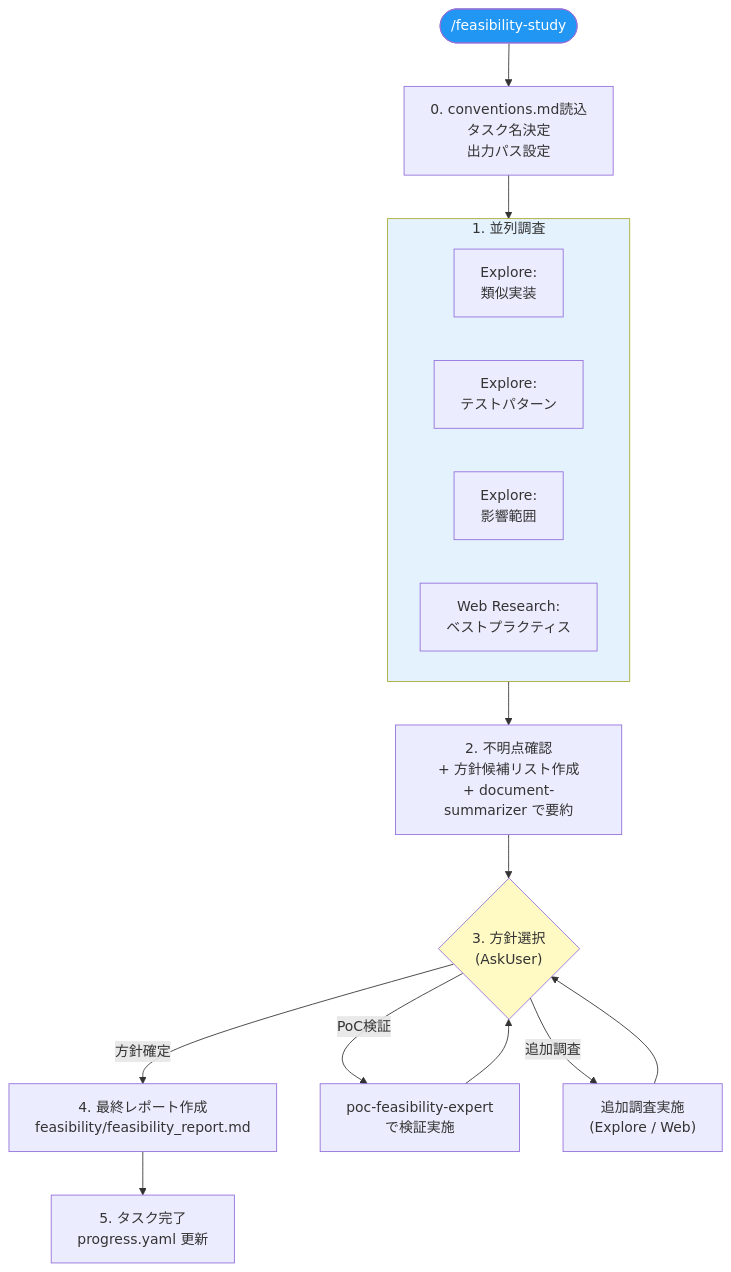
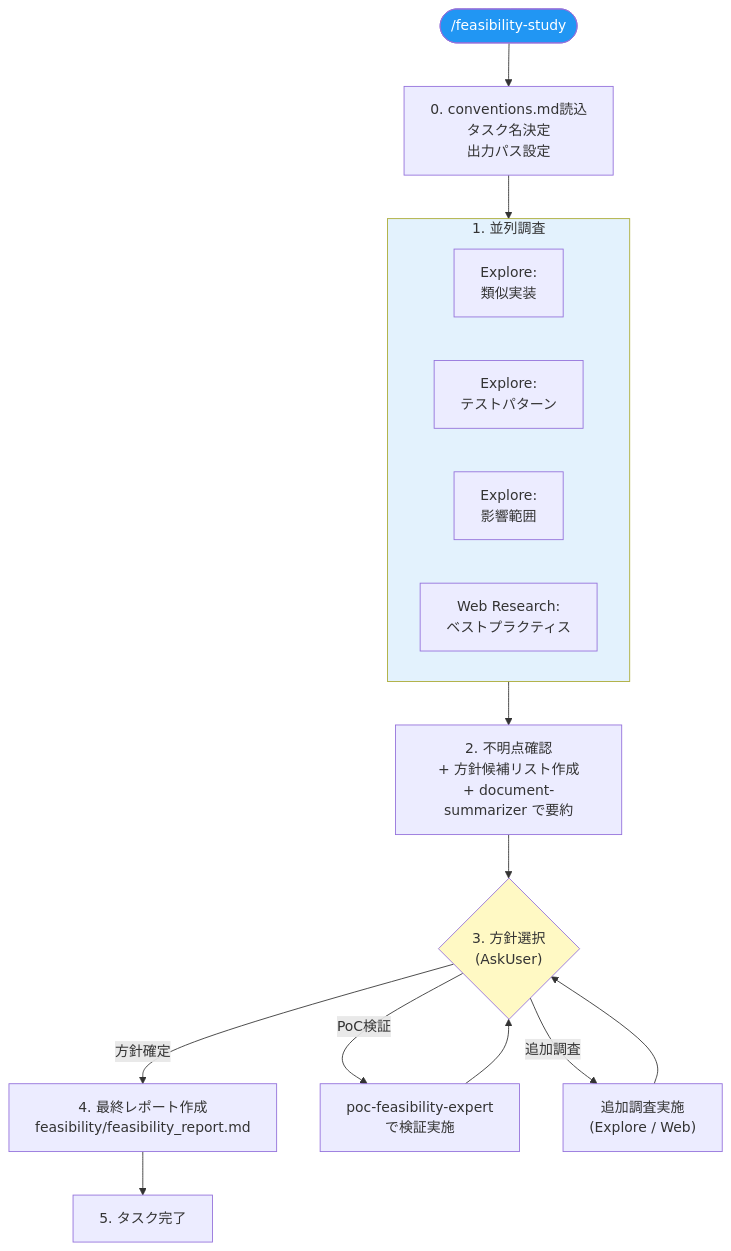
One commit to taakashifukada/app-dev-prompt-suite changed the second of 5 diagrams in plugins/app-dev-suite/doc/workflow-diagrams.md. Above: the diagram before and after it, drawn with Mermaid. The commit also changed other lines of this file and 7 other files, not shown here.

````diff
--- a/plugins/app-dev-suite/doc/workflow-diagrams.md
+++ b/plugins/app-dev-suite/doc/workflow-diagrams.md
@@ -42,29 +42,29 @@
 ```mermaid
 flowchart TD
     Start(["/feasibility-study"]) --> Init["0. conventions.md読込\nタスク名決定\n出力パス設定"]
 
     Init --> Investigate
     subgraph Investigate["1. 並列調査"]
         direction LR
         E1["Explore:\n類似実装"]
         E2["Explore:\nテストパターン"]
         E3["Explore:\n影響範囲"]
         W1["Web Research:\nベストプラクティス"]
     end
 
     Investigate --> Clarify["2. 不明点確認\n+ 方針候補リスト作成\n+ document-summarizer で要約"]
 
     Clarify --> Select{"3. 方針選択\n(AskUser)"}
     Select -- "方針確定" --> Report
     Select -- "PoC検証" --> PoC["poc-feasibility-expert\nで検証実施"]
     Select -- "追加調査" --> AddResearch["追加調査実施\n(Explore / Web)"]
     PoC --> Select
     AddResearch --> Select
 
     Report["4. 最終レポート作成\nfeasibility/feasibility_report.md"]
-    Report --> Complete["5. タスク完了\nprogress.yaml 更新"]
+    Report --> Complete["5. タスク完了"]
 
     style Start fill:#2196F3,color:#fff
     style Investigate fill:#e3f2fd
     style Select fill:#fff9c4
 ```
````
